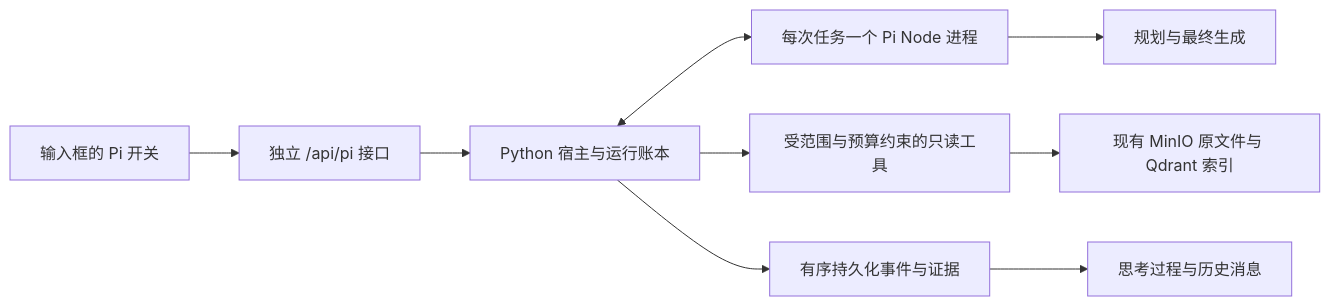
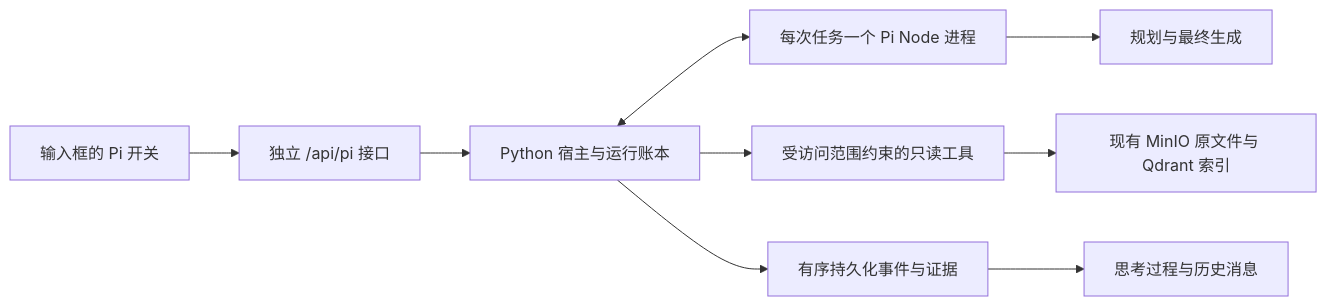
One commit to Champ-X/MMA-RAG changed the diagram in docs/PI_AGENT_MODE.md. Above: the diagram before and after it, drawn with Mermaid. The commit also changed other lines of this file and 11 other files, not shown here.

````diff
--- a/docs/PI_AGENT_MODE.md
+++ b/docs/PI_AGENT_MODE.md
@@ -40,11 +47,11 @@
 ```mermaid
 flowchart LR
   Composer[输入框的 Pi 开关] --> API[独立 /api/pi 接口]
   API --> Host[Python 宿主与运行账本]
   Host <--> Pi[每次任务一个 Pi Node 进程]
   Pi --> Decisions[规划与最终生成]
-  Host --> Tools[受范围与预算约束的只读工具]
+  Host --> Tools[受访问范围约束的只读工具]
   Tools --> Sources[现有 MinIO 原文件与 Qdrant 索引]
   Host --> Events[有序持久化事件与证据]
   Events --> UI[思考过程与历史消息]
 ```
````
